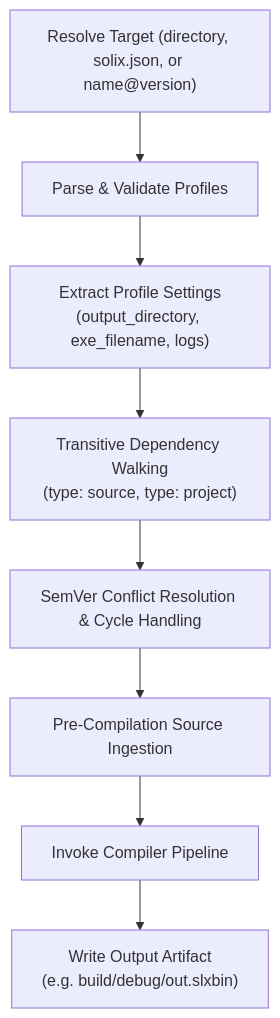
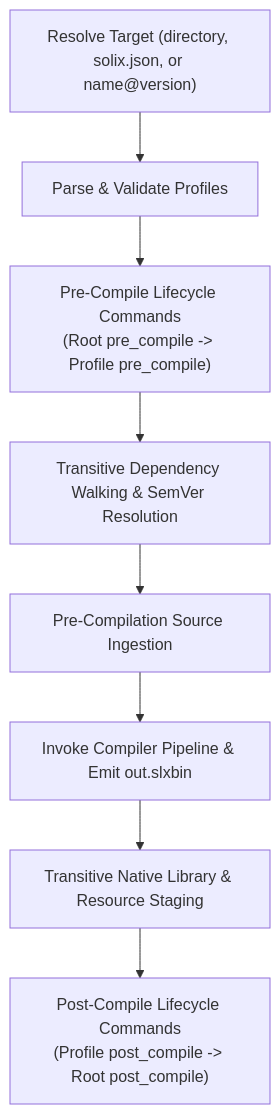
Before and after one commit to Jehudme/solix: the diagram in docs/spec/cli/build.md, drawn with Mermaid. The commit also changed other lines of this file and 2 other files, not shown here.

Commit message:
docs(cli): document pre/post compile lifecycle command hooks in build and pack specs

````diff
--- a/docs/spec/cli/build.md
+++ b/docs/spec/cli/build.md
@@ -70,10 +70,10 @@
 ```mermaid
 flowchart TD
     A["Resolve Target (directory, solix.json, or name@version)"] --> B["Parse & Validate Profiles"]
-    B --> C["Extract Profile Settings<br>(output_directory, exe_filename, logs)"]
-    C --> D["Transitive Dependency Walking<br>(type: source, type: project)"]
-    D --> E["SemVer Conflict Resolution & Cycle Handling"]
-    E --> F["Pre-Compilation Source Ingestion"]
-    F --> G["Invoke Compiler Pipeline"]
-    G --> H["Write Output Artifact<br>(e.g. build/debug/out.slxbin)"]
+    B --> C["Pre-Compile Lifecycle Commands<br>(Root pre_compile -> Profile pre_compile)"]
+    C --> D["Transitive Dependency Walking & SemVer Resolution"]
+    D --> E["Pre-Compilation Source Ingestion"]
+    E --> F["Invoke Compiler Pipeline & Emit out.slxbin"]
+    F --> G["Transitive Native Library & Resource Staging"]
+    G --> H["Post-Compile Lifecycle Commands<br>(Profile post_compile -> Root post_compile)"]
 ```
````
